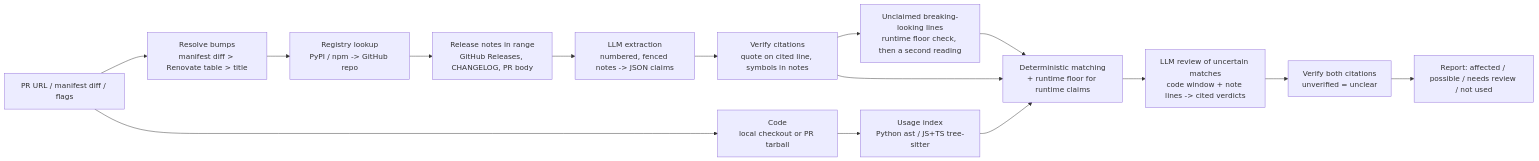
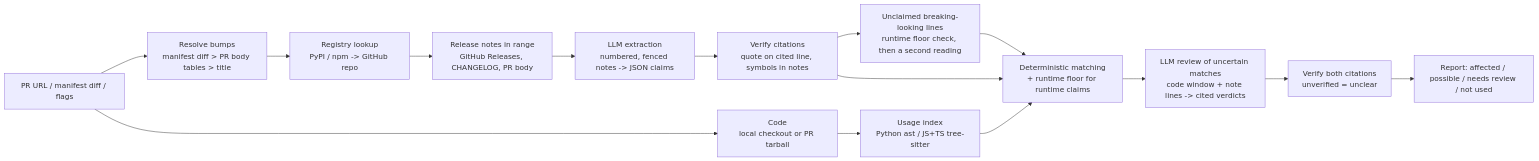
Before and after one commit to xeeshan16/upgrade-impact: the diagram in README.md, drawn with Mermaid. The commit also changed other lines of this file and 2 other files, not shown here.

````diff
--- a/README.md
+++ b/README.md
@@ -103,17 +175,17 @@
 ```mermaid
 flowchart LR
-  PR[PR URL / manifest diff / flags] --> B[Resolve bumps<br/>manifest diff > Renovate table > title]
+  PR[PR URL / manifest diff / flags] --> B[Resolve bumps<br/>manifest diff > PR body tables > title]
   B --> R[Registry lookup<br/>PyPI / npm -> GitHub repo]
   R --> N[Release notes in range<br/>GitHub Releases, CHANGELOG, PR body]
   N --> X[LLM extraction<br/>numbered, fenced notes -> JSON claims]
   X --> V[Verify citations<br/>quote on cited line, symbols in notes]
   PR --> C[Code<br/>local checkout or PR tarball]
   C --> I[Usage index<br/>Python ast / JS+TS tree-sitter]
   V --> U[Unclaimed breaking-looking lines<br/>runtime floor check, then a second reading]
   U --> M[Deterministic matching<br/>+ runtime floor for runtime claims]
   V --> M
   I --> M
   M --> A[LLM review of uncertain matches<br/>code window + note lines -> cited verdicts]
   A --> W[Verify both citations<br/>unverified = unclear]
   W --> O[Report: affected / possible / needs review / not used]
 ```
````
